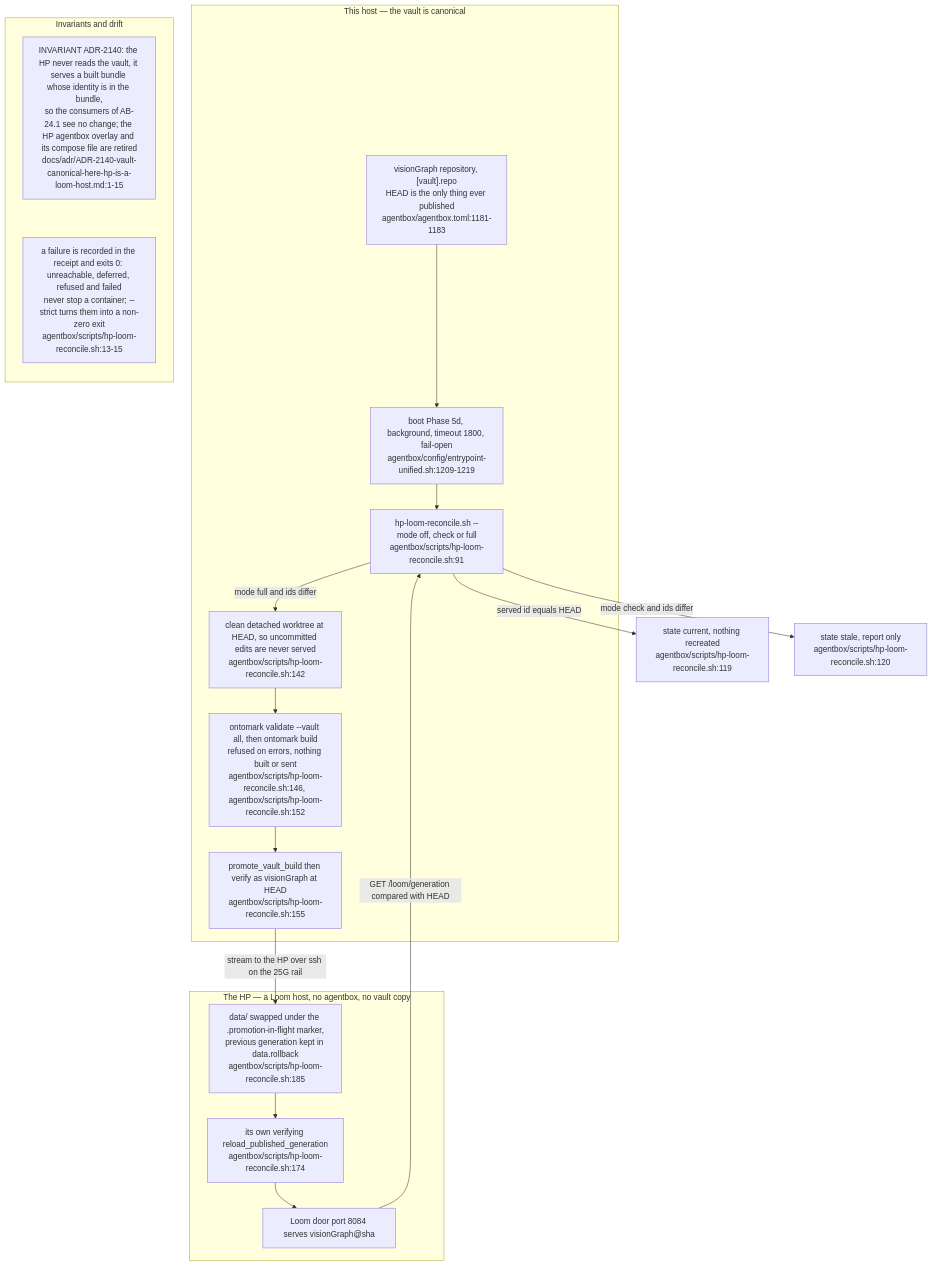
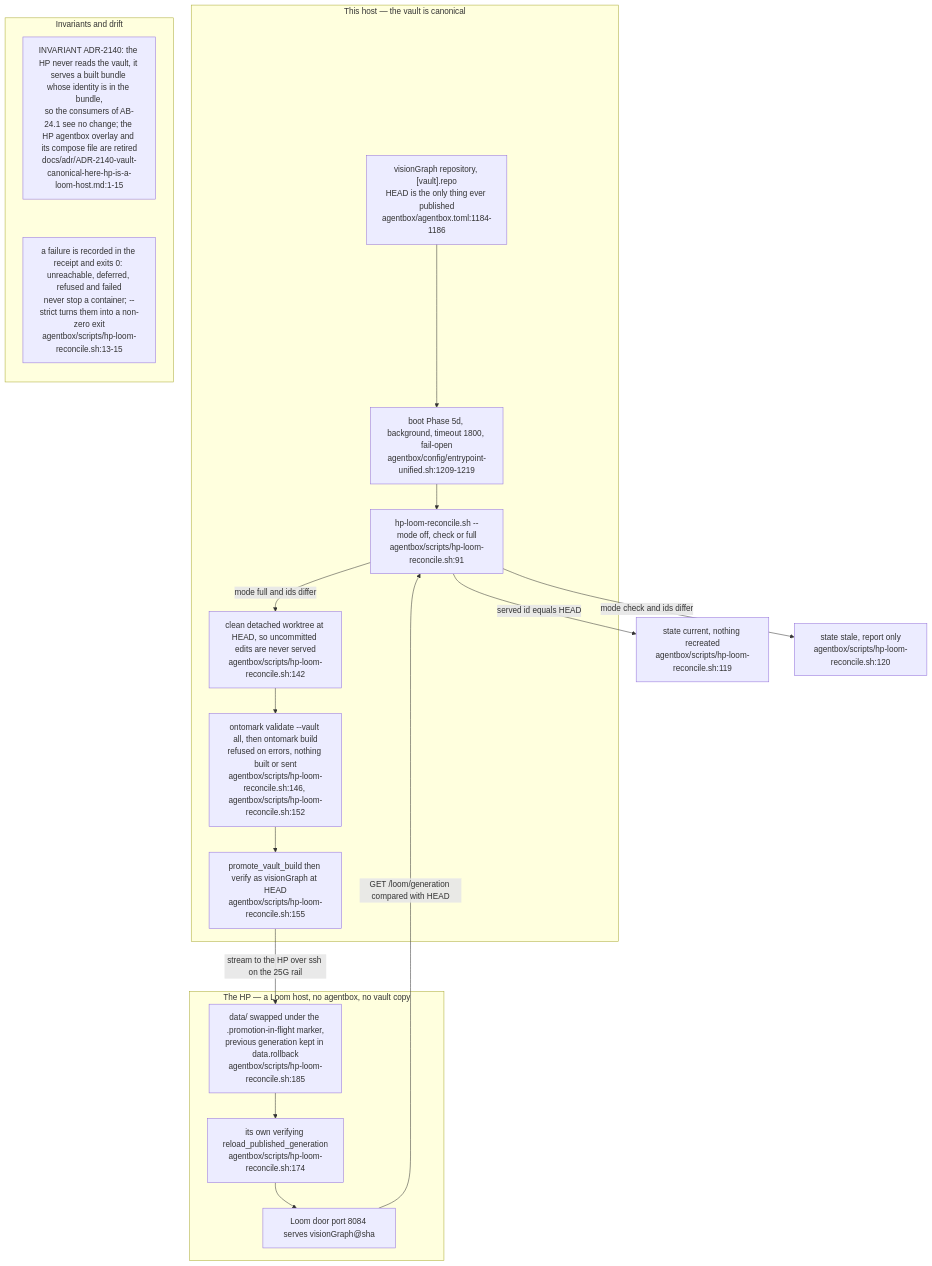
Diagram 14 of 14 in docs/diagrams/agentbox/24-loom-facade.md (DreamLab-AI/VisionFlow), drawn with Mermaid before and after one commit. The commit also changed other lines of this file and 142 other files, not shown here.

First line of the commit message:
docs(diagrams): one System One route; re-verify 140 topics at today's heads

````diff
--- a/docs/diagrams/agentbox/24-loom-facade.md
+++ b/docs/diagrams/agentbox/24-loom-facade.md
@@ -524,28 +525,28 @@
 ```mermaid
 flowchart TB
     subgraph here["This host — the vault is canonical"]
-        VAULT["visionGraph repository, [vault].repo<br/>HEAD is the only thing ever published<br/>agentbox/agentbox.toml:1181-1183"]
+        VAULT["visionGraph repository, [vault].repo<br/>HEAD is the only thing ever published<br/>agentbox/agentbox.toml:1184-1186"]
         BOOT["boot Phase 5d, background, timeout 1800, fail-open<br/>agentbox/config/entrypoint-unified.sh:1209-1219"]
         REC["hp-loom-reconcile.sh --mode off, check or full<br/>agentbox/scripts/hp-loom-reconcile.sh:91"]
         WT["clean detached worktree at HEAD, so uncommitted edits are never served<br/>agentbox/scripts/hp-loom-reconcile.sh:142"]
         VAL["ontomark validate --vault all, then ontomark build<br/>refused on errors, nothing built or sent<br/>agentbox/scripts/hp-loom-reconcile.sh:146, agentbox/scripts/hp-loom-reconcile.sh:152"]
         PRO["promote_vault_build then verify as visionGraph at HEAD<br/>agentbox/scripts/hp-loom-reconcile.sh:155"]
     end
     subgraph hp["The HP — a Loom host, no agentbox, no vault copy"]
         DATA["data/ swapped under the .promotion-in-flight marker,<br/>previous generation kept in data.rollback<br/>agentbox/scripts/hp-loom-reconcile.sh:185"]
         RELOAD["its own verifying reload_published_generation<br/>agentbox/scripts/hp-loom-reconcile.sh:174"]
         DOOR["Loom door port 8084 serves visionGraph@sha"]
     end
     VAULT --> BOOT --> REC
     REC -->|"served id equals HEAD"| CUR["state current, nothing recreated<br/>agentbox/scripts/hp-loom-reconcile.sh:119"]
     REC -->|"mode check and ids differ"| STALE["state stale, report only<br/>agentbox/scripts/hp-loom-reconcile.sh:120"]
     REC -->|"mode full and ids differ"| WT --> VAL --> PRO
     PRO -->|"stream to the HP over ssh on the 25G rail"| DATA --> RELOAD --> DOOR
     DOOR -->|"GET /loom/generation compared with HEAD"| REC
     subgraph notes["Invariants and drift"]
         direction TB
         N1["INVARIANT ADR-2140: the HP never reads the vault, it serves a built bundle whose identity is in the bundle,<br/>so the consumers of AB-24.1 see no change; the HP agentbox overlay and its compose file are retired<br/>docs/adr/ADR-2140-vault-canonical-here-hp-is-a-loom-host.md:1-15"]
         N2["a failure is recorded in the receipt and exits 0: unreachable, deferred, refused and failed<br/>never stop a container; --strict turns them into a non-zero exit<br/>agentbox/scripts/hp-loom-reconcile.sh:13-15"]
         N1 ~~~ N2
     end
 ```
````
